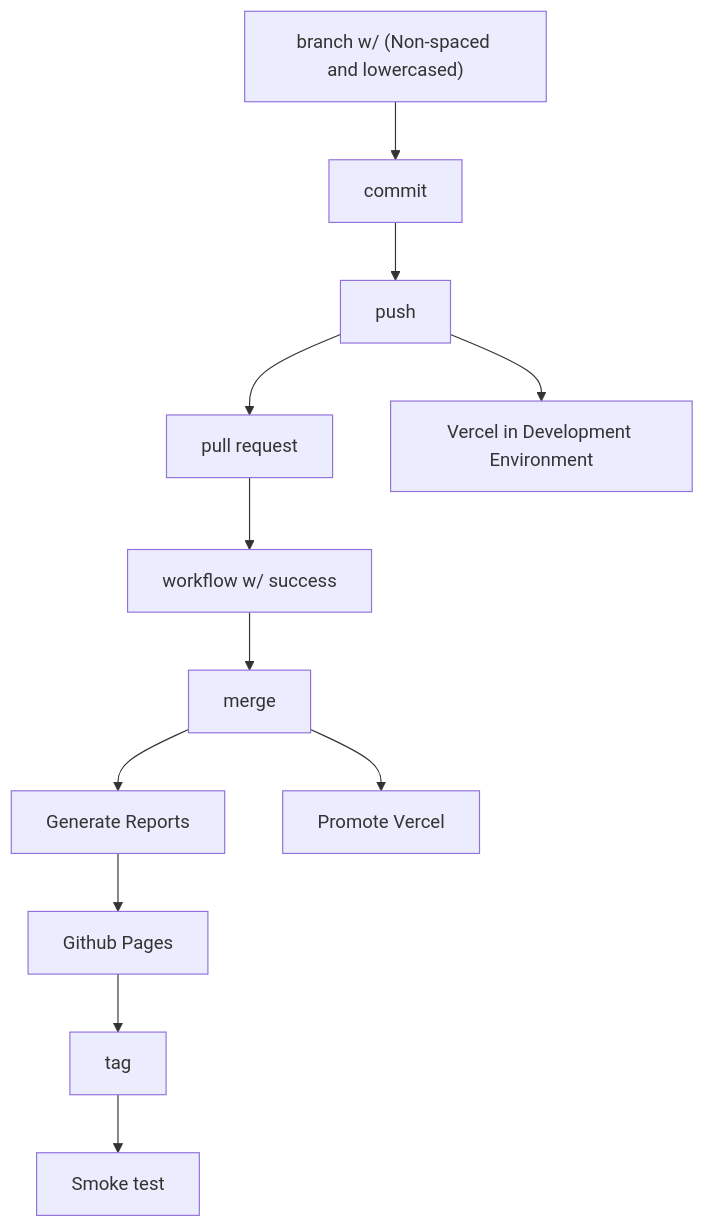
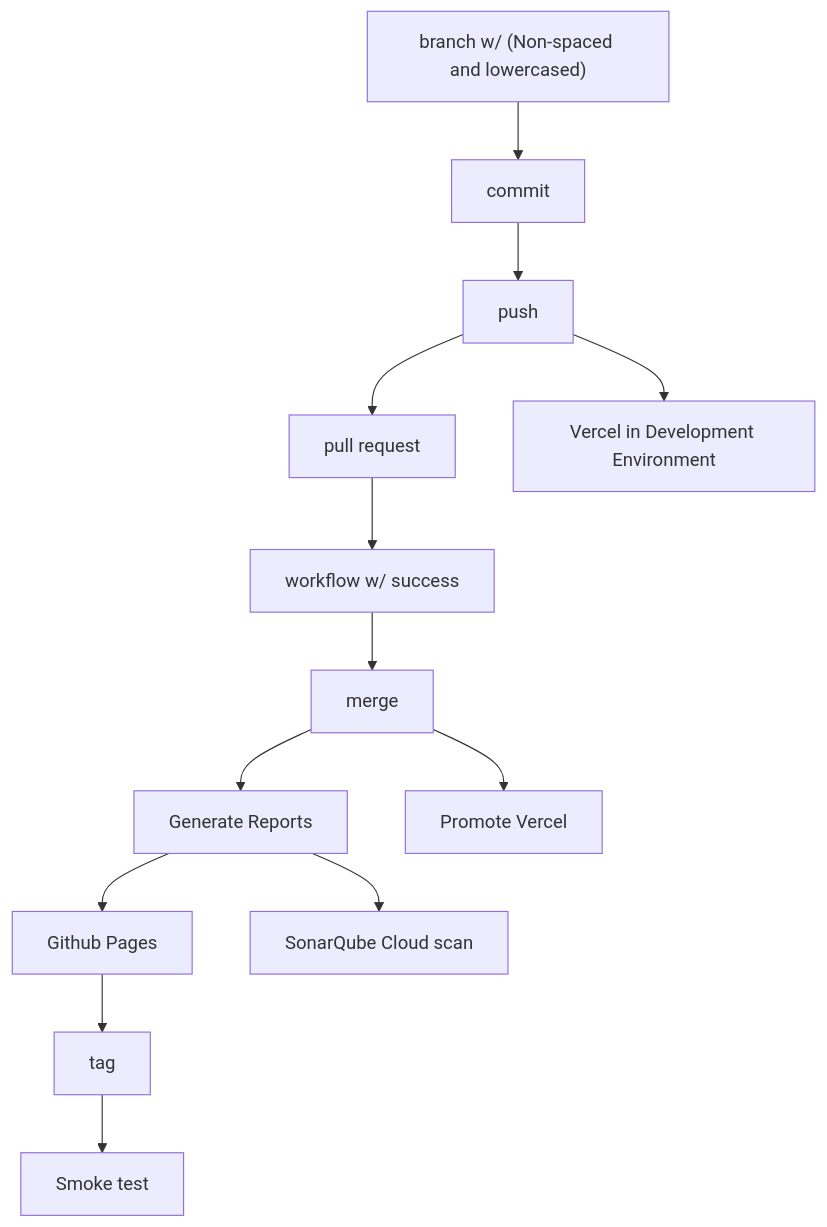
One commit to yoonghan/yoonghan.github.io changed the second of 2 diagrams in README.md. Above: the diagram before and after it, drawn with Mermaid.

Commit message:
Add sonarqube scanning into diagram

````diff
--- a/README.md
+++ b/README.md
@@ -82,7 +82,8 @@
 ```mermaid
 flowchart TD;
    branch["branch w/ (Non-spaced and lowercased)"] --> commit --> push --> pull[pull request] --> workflow["workflow w/ success"] --> merge --> report["Generate Reports"];
    push --> deploy1["Vercel in Development Environment"]
    merge --> promote["Promote Vercel"];
    report --> deploy2["Github Pages"] --> tag --> smoketest["Smoke test"];
+   report --> sonar["SonarQube Cloud scan"]
 ```
````
